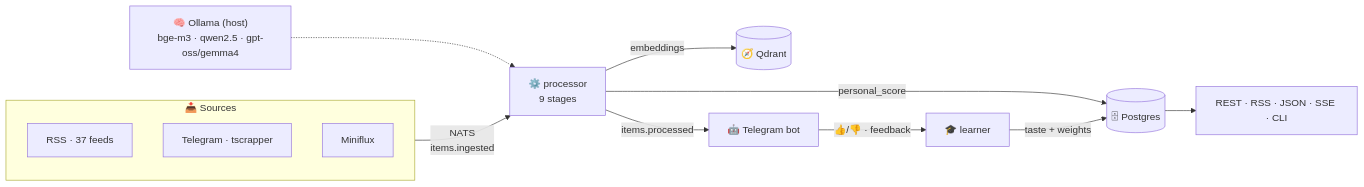
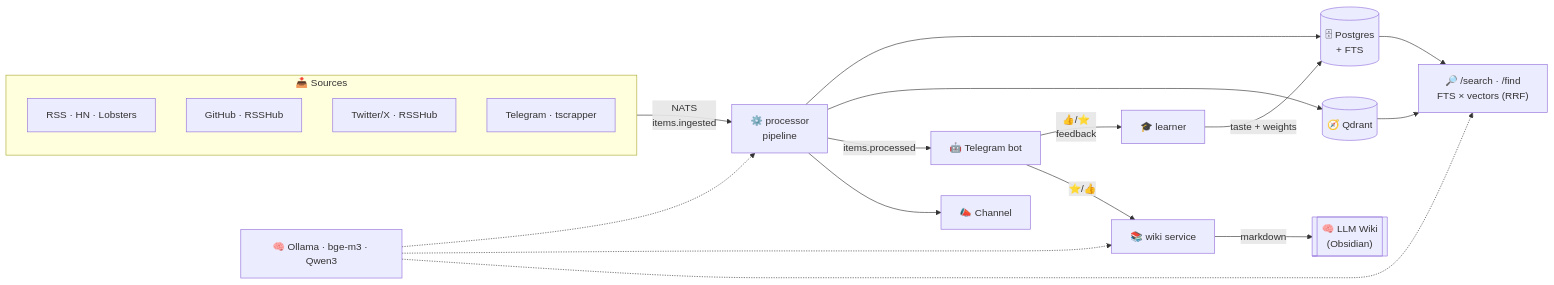
One commit to dream-x/homyak changed the first of 2 diagrams in README.md. Above: the diagram before and after it, drawn with Mermaid. The commit also changed other lines of this file and 3 other files, not shown here.

First line of the commit message:
docs: refresh README + architecture (EN/RU) — search, LLM wiki, GitHub, title/lang

````diff
--- a/README.md
+++ b/README.md
@@ -54,16 +59,23 @@
 ```mermaid
 flowchart LR
     subgraph SRC["📥 Sources"]
-      RSS["RSS · 37 feeds"]
+      RSS["RSS · HN · Lobsters"]
+      GH["GitHub · RSSHub"]
+      TW["Twitter/X · RSSHub"]
       TG["Telegram · tscrapper"]
-      MF["Miniflux"]
     end
-    SRC -->|"NATS<br/>items.ingested"| PROC["⚙️ processor<br/>9 stages"]
-    PROC -->|"personal_score"| PG[("🗄 Postgres")]
-    PROC -->|"embeddings"| QD[("🧭 Qdrant")]
+    SRC -->|"NATS<br/>items.ingested"| PROC["⚙️ processor<br/>pipeline"]
+    PROC --> PG[("🗄 Postgres<br/>+ FTS")]
+    PROC --> QD[("🧭 Qdrant")]
     PROC -->|"items.processed"| BOT["🤖 Telegram bot"]
-    BOT -->|"👍/👎 · feedback"| LRN["🎓 learner"]
+    PROC --> CH["📣 Channel"]
+    BOT -->|"👍/⭐<br/>feedback"| LRN["🎓 learner"]
+    BOT -->|"⭐/👍"| WIKI["📚 wiki service"]
     LRN -->|"taste + weights"| PG
-    OLL["🧠 Ollama (host)<br/>bge-m3 · qwen2.5 · gpt-oss/gemma4"] -.-> PROC
-    PG --> OUT["REST · RSS · JSON · SSE · CLI"]
+    WIKI -->|"markdown"| WK[["🧠 LLM Wiki<br/>(Obsidian)"]]
+    PG --> SEARCH["🔎 /search · /find<br/>FTS × vectors (RRF)"]
+    QD --> SEARCH
+    OLL["🧠 Ollama · bge-m3 · Qwen3"] -.-> PROC
+    OLL -.-> WIKI
+    OLL -.-> SEARCH
 ```
````
